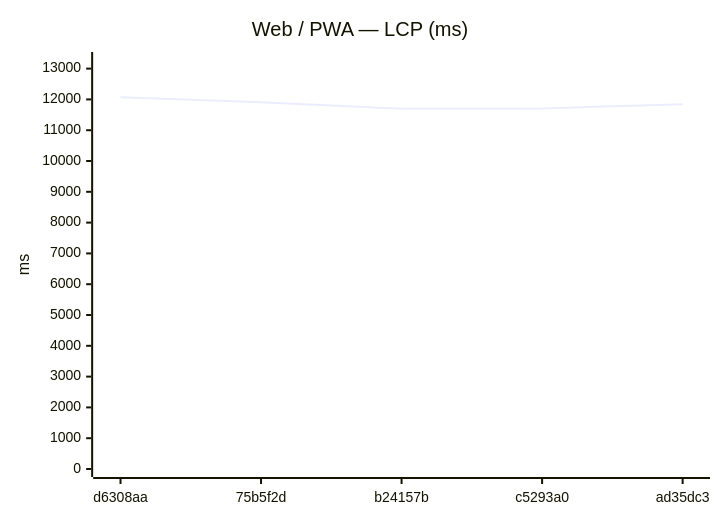
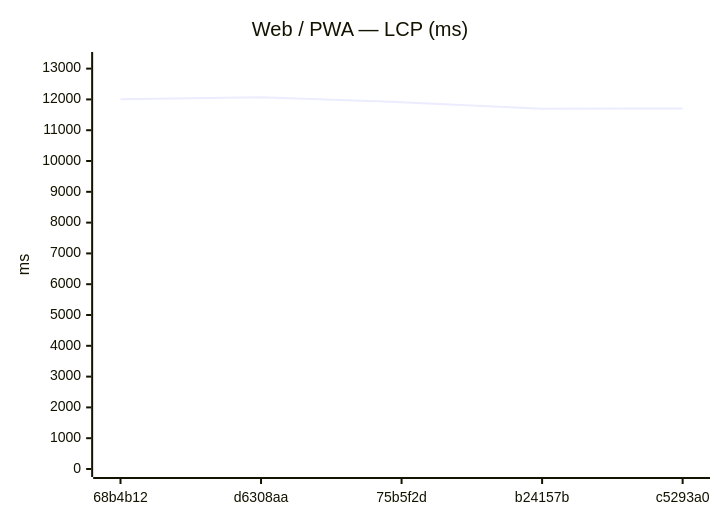
Before and after one commit to Metaheurist/Rianell: the ninth of 24 diagrams in benchmarks/compare.md, drawn with Mermaid. The commit also changed other lines of this file and 14 other files, not shown here.

````diff
--- a/benchmarks/compare.md
+++ b/benchmarks/compare.md
@@ -144,7 +144,7 @@
 ```mermaid
 xychart-beta
     title "Web / PWA — LCP (ms)"
-    x-axis ["d6308aa", "75b5f2d", "b24157b", "c5293a0", "ad35dc3"]
+    x-axis ["68b4b12", "d6308aa", "75b5f2d", "b24157b", "c5293a0"]
     y-axis "ms" 0 --> 13280
-    line [12072, 11911, 11695, 11707, 11844]
+    line [12007, 12072, 11911, 11695, 11707]
 ```
````
